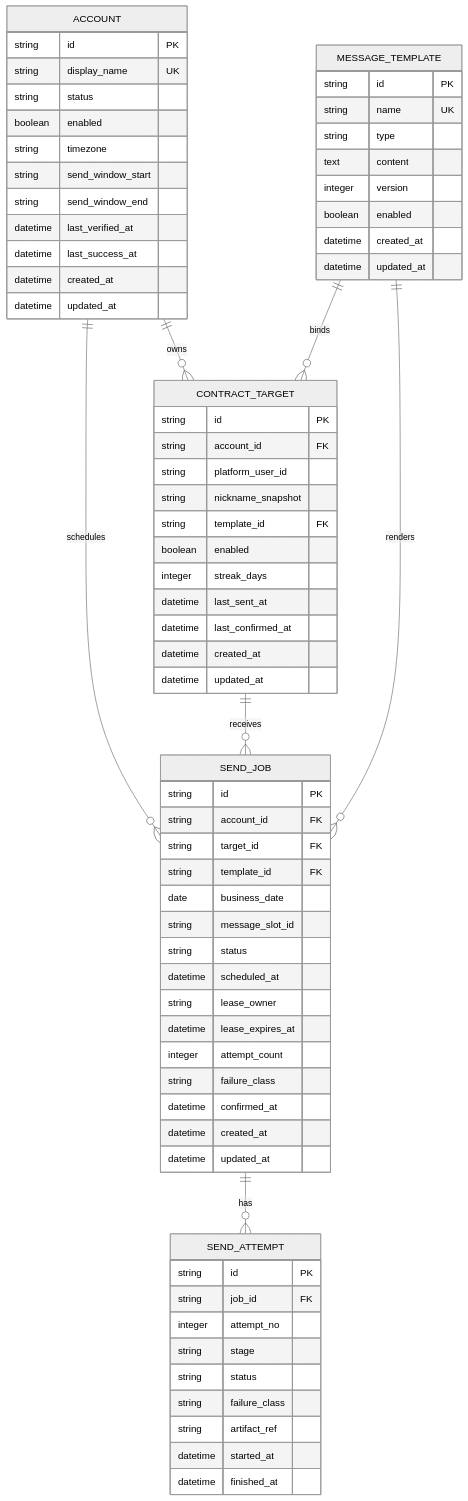
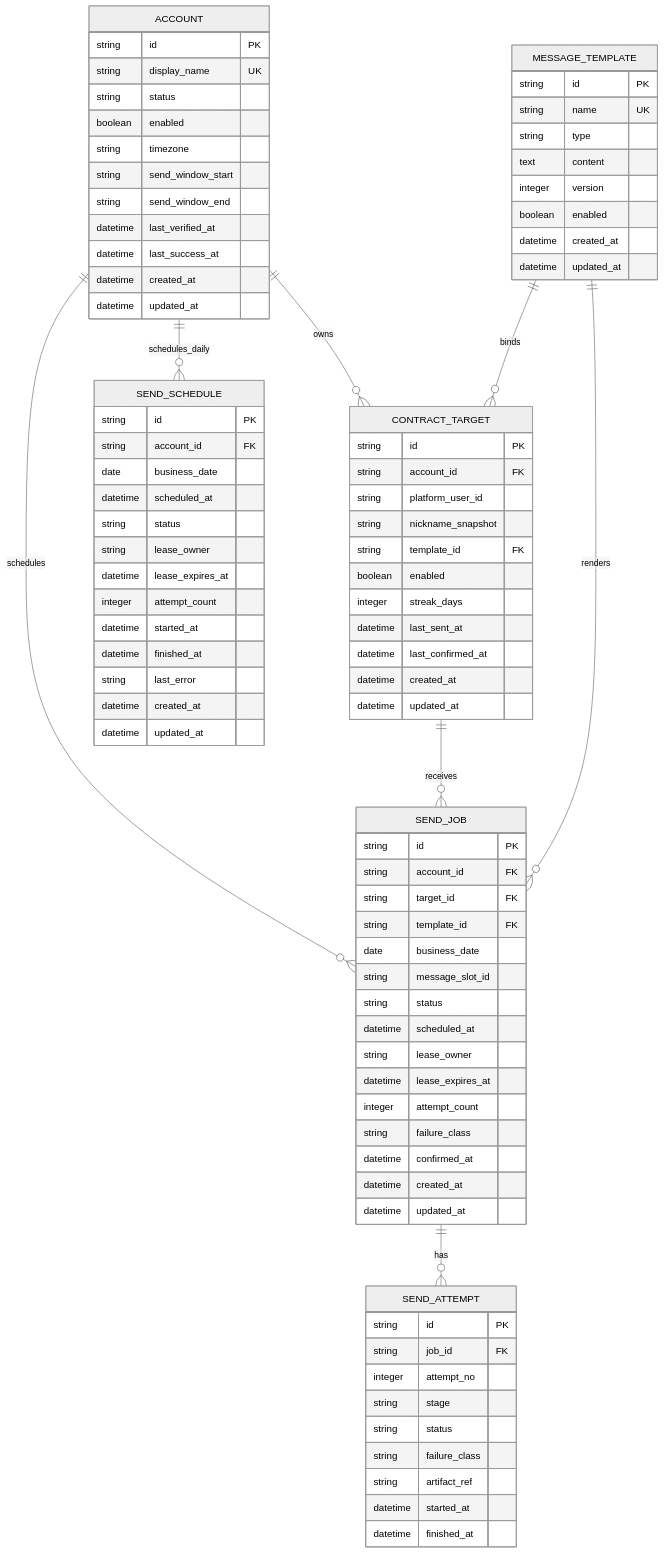
One commit to oinzc/flame-contractor-oss changed the diagram in docs/SCHEMA.md. Above: the diagram before and after it, drawn with Mermaid (neutral theme). The commit also changed other lines of this file and 17 other files, not shown here.

````diff
--- a/docs/SCHEMA.md
+++ b/docs/SCHEMA.md
@@ -12,6 +12,7 @@
   CONTRACT_TARGET ||--o{ SEND_JOB : receives
   MESSAGE_TEMPLATE ||--o{ SEND_JOB : renders
   SEND_JOB ||--o{ SEND_ATTEMPT : has
+  ACCOUNT ||--o{ SEND_SCHEDULE : schedules_daily
 
   ACCOUNT {
     string id PK
@@ -81,4 +82,20 @@
     datetime started_at
     datetime finished_at
   }
+
+  SEND_SCHEDULE {
+    string id PK
+    string account_id FK
+    date business_date
+    datetime scheduled_at
+    string status
+    string lease_owner
+    datetime lease_expires_at
+    integer attempt_count
+    datetime started_at
+    datetime finished_at
+    string last_error
+    datetime created_at
+    datetime updated_at
+  }
 ```
````
